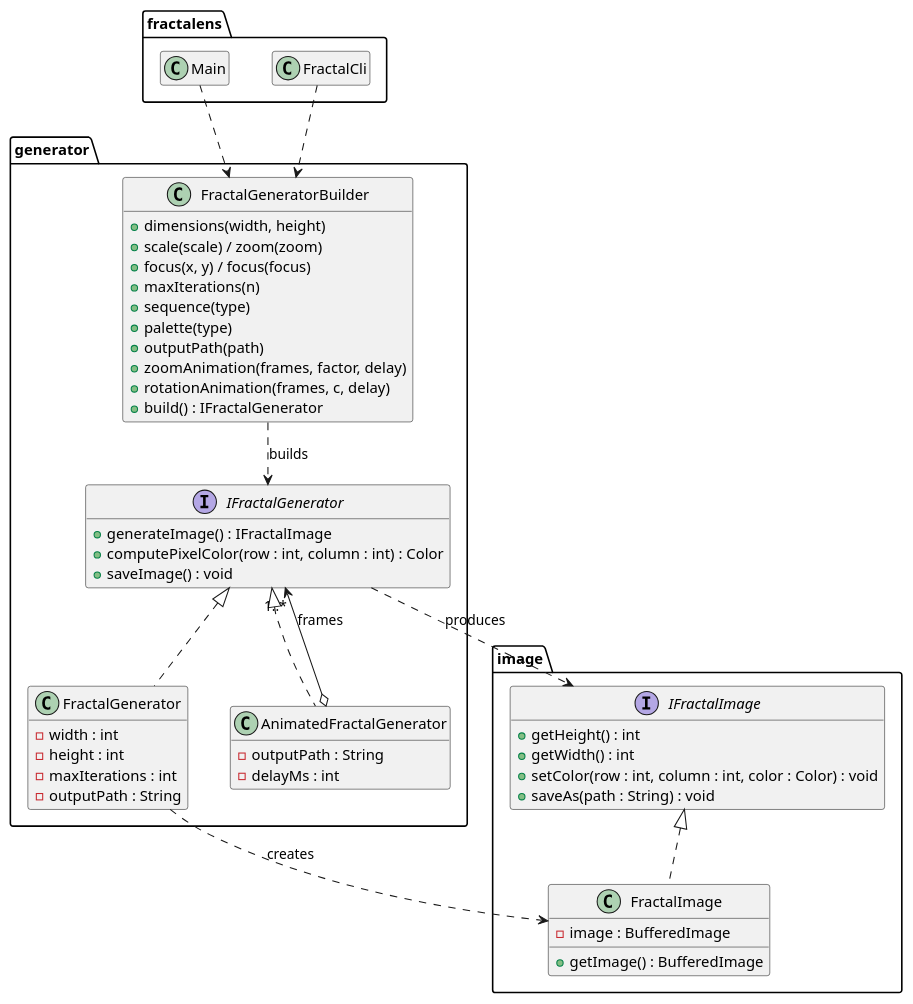
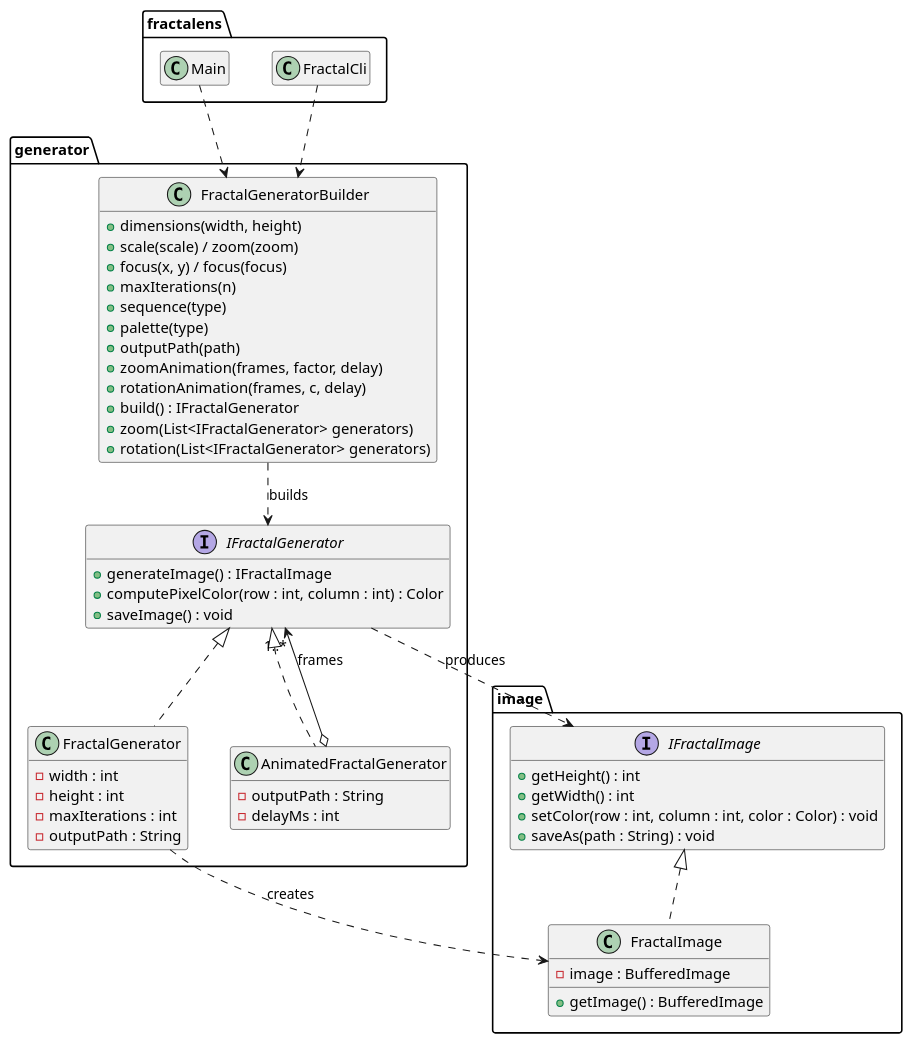
Before and after one commit to kevin-dubreucq/FractaLens: the fifth of 5 diagrams in README.md, drawn with PlantUML. The commit also changed other lines of this file, not shown here.

````diff
--- a/README.md
+++ b/README.md
@@ -230,63 +230,65 @@
 ```plantuml
 hide empty members
 skinparam nodesep 40
 skinparam ranksep 40
 
 package "image" {
     interface IFractalImage {
         + getHeight() : int
         + getWidth() : int
         + setColor(row : int, column : int, color : Color) : void
         + saveAs(path : String) : void
     }
     class FractalImage {
         - image : BufferedImage
         + getImage() : BufferedImage
     }
 }
 
 package "generator" {
     interface IFractalGenerator {
         + generateImage() : IFractalImage
         + computePixelColor(row : int, column : int) : Color
         + saveImage() : void
     }
     class FractalGenerator {
         - width : int
         - height : int
         - maxIterations : int
         - outputPath : String
     }
     class AnimatedFractalGenerator {
         - outputPath : String
         - delayMs : int
     }
     class FractalGeneratorBuilder {
         + dimensions(width, height)
         + scale(scale) / zoom(zoom)
         + focus(x, y) / focus(focus)
         + maxIterations(n)
         + sequence(type)
         + palette(type)
         + outputPath(path)
         + zoomAnimation(frames, factor, delay)
         + rotationAnimation(frames, c, delay)
         + build() : IFractalGenerator
+        + zoom(List<IFractalGenerator> generators)
+        + rotation(List<IFractalGenerator> generators)
     }
 }
 
 package "fractalens" {
     class Main
     class FractalCli
 }
 
 IFractalImage <|.. FractalImage
 IFractalGenerator <|.. FractalGenerator
 IFractalGenerator <|.. AnimatedFractalGenerator
 AnimatedFractalGenerator o--> "1..*" IFractalGenerator : frames
 IFractalGenerator ..> IFractalImage : produces
 FractalGenerator ..> FractalImage : creates
 FractalGeneratorBuilder ..> IFractalGenerator : builds
 Main ..> FractalGeneratorBuilder
 FractalCli ..> FractalGeneratorBuilder
 ```
````
